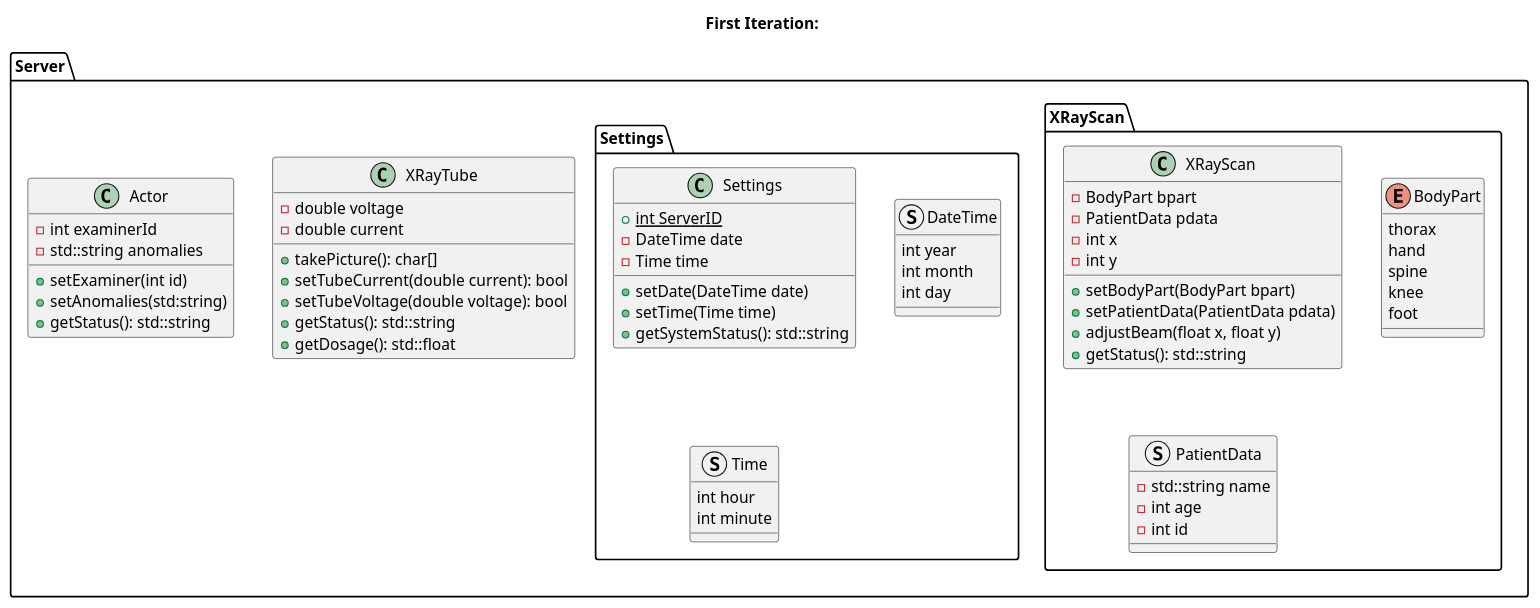
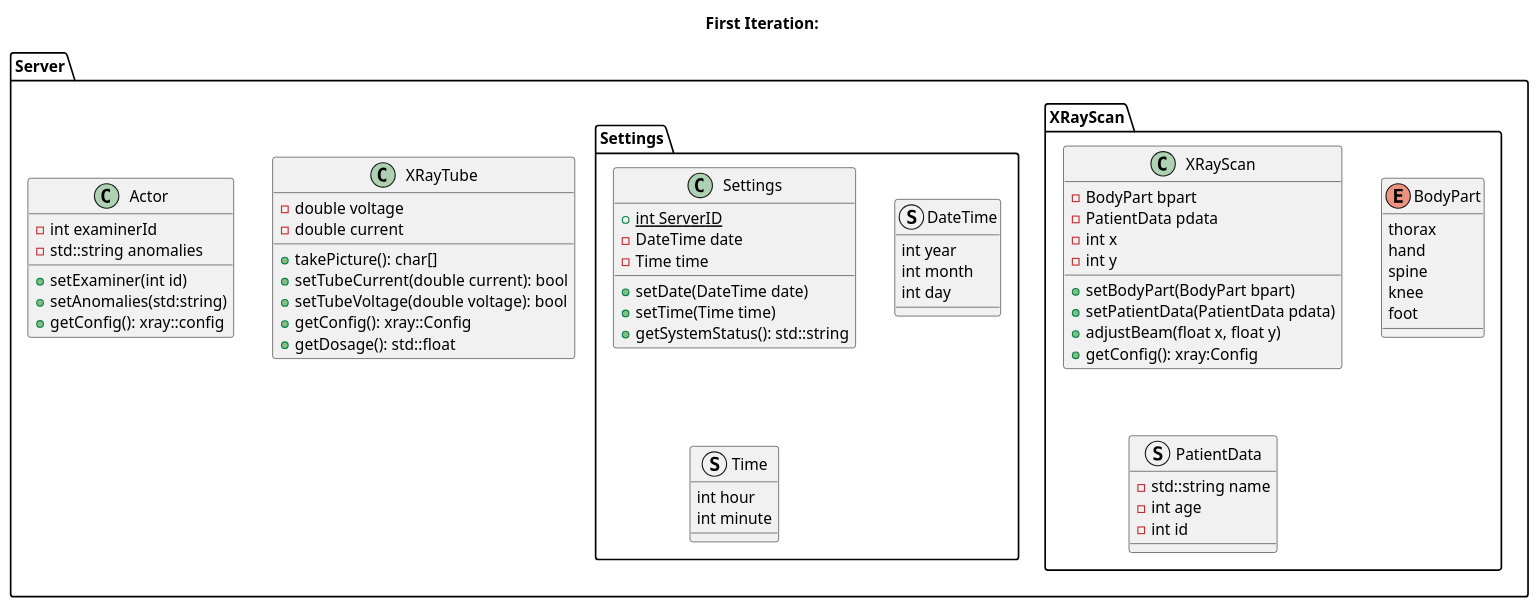
Before and after one commit to a-kuntz/JsonRPC: the fourth of 4 diagrams in workshop/doc/workshop.md, drawn with PlantUML. The commit also changed other lines of this file and 1 other file, not shown here.

````diff
--- a/workshop/doc/workshop.md
+++ b/workshop/doc/workshop.md
@@ -150,69 +154,69 @@
 ```plantuml
 @startuml
 title "First Iteration:"
 package "Server" {
     package "XRayScan"{
         class XRayScan{
             -BodyPart bpart
             -PatientData pdata
             -int x
             -int y
             +setBodyPart(BodyPart bpart)
             +setPatientData(PatientData pdata)
             +adjustBeam(float x, float y)
-            +getStatus(): std::string 
+            +getConfig(): xray:Config 
             }
         enum BodyPart {
             thorax
             hand
             spine
             knee
             foot
         }
         struct PatientData {
             -std::string name
             -int age
             -int id
             }
     }
 
     class XRayTube{
         -double voltage
         -double current
         +takePicture(): char[]
         +setTubeCurrent(double current): bool
         +setTubeVoltage(double voltage): bool
-        +getStatus(): std::string
+        +getConfig(): xray::Config
         +getDosage(): std::float
     }
     class Actor{
         -int examinerId
         -std::string anomalies
         +setExaminer(int id)
         +setAnomalies(std:string)
-        +getStatus(): std::string
+        +getConfig(): xray::config
     }
     package "Settings"{
         class Settings{
         + {static} int ServerID
         -DateTime date
         -Time time
         +setDate(DateTime date)
         +setTime(Time time)
         +getSystemStatus(): std::string
         }
 
         struct DateTime{
             int year
             int month
             int day
         }
 
         struct Time{
             int hour
             int minute
             }
     }
 
 }
 ```
````
